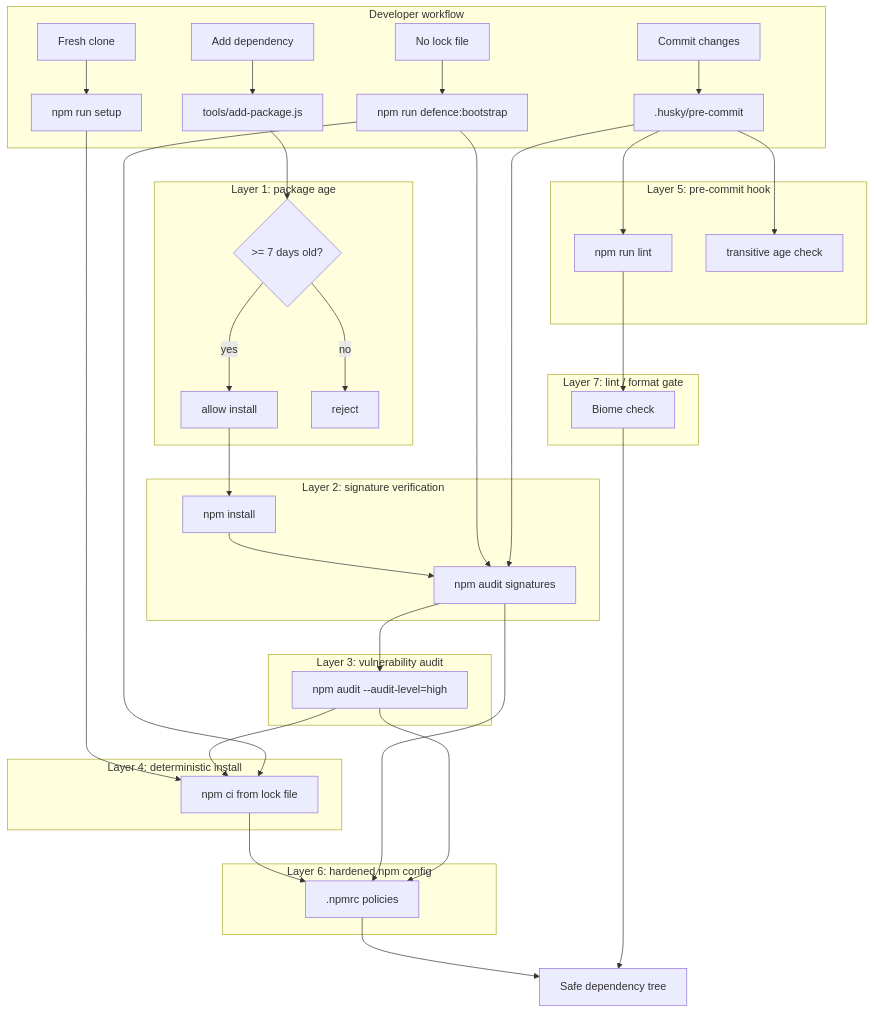
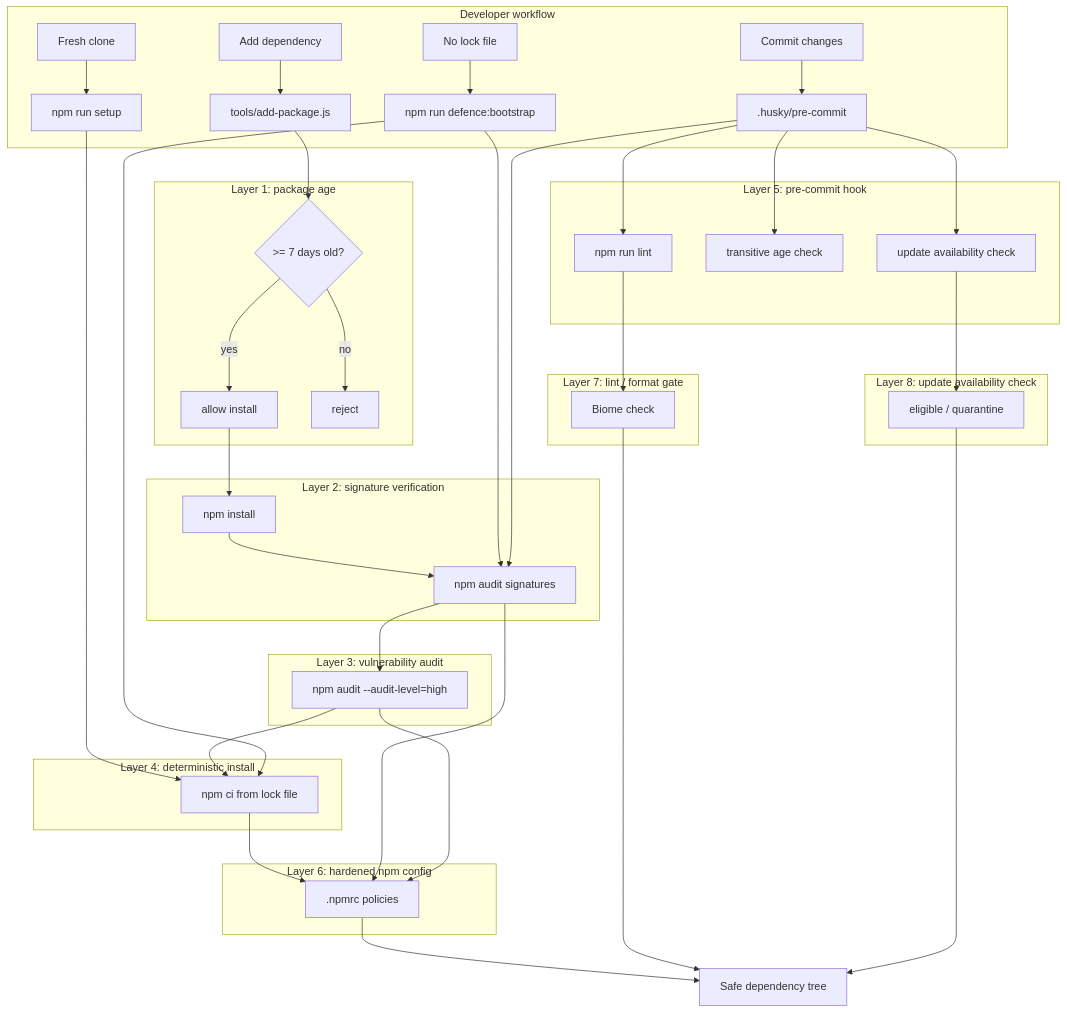
One commit to adrianoenache/learn-supply-chain-attack-defence changed the diagram in docs/en/security/index.md. Above: the diagram before and after it, drawn with Mermaid. The commit also changed other lines of this file and 15 other files, not shown here.

First line of the commit message:
feat: add update availability check as a pre-commit helper

````diff
--- a/docs/en/security/index.md
+++ b/docs/en/security/index.md
@@ -7,51 +7,57 @@
 ```mermaid
 flowchart TD
     subgraph Developer["Developer workflow"]
         A[Add dependency] --> B[tools/add-package.js]
         C[Commit changes] --> D[.husky/pre-commit]
         E[Fresh clone] --> F[npm run setup]
         Z[No lock file] --> Y[npm run defence:bootstrap]
     end
 
     subgraph Layer1["Layer 1: package age"]
         B --> G{>= 7 days old?}
         G -->|yes| H[allow install]
         G -->|no| I[reject]
     end
 
     H --> J[npm install]
 
     subgraph Layer2["Layer 2: signature verification"]
         J --> K[npm audit signatures]
         Y --> K
     end
 
     subgraph Layer3["Layer 3: vulnerability audit"]
         K --> L[npm audit --audit-level=high]
     end
 
     subgraph Layer4["Layer 4: deterministic install"]
         F --> M[npm ci from lock file]
         L --> M
         Y --> M
     end
 
     subgraph Layer5["Layer 5: pre-commit hook"]
         D --> Q[npm run lint]
         D --> K
         D --> N[transitive age check]
+        D --> U[update availability check]
     end
 
     subgraph Layer6["Layer 6: hardened npm config"]
         M --> O[.npmrc policies]
         K --> O
         L --> O
     end
 
     subgraph Layer7["Layer 7: lint / format gate"]
         Q --> R[Biome check]
     end
 
+    subgraph Layer8["Layer 8: update availability check"]
+        U --> V[eligible / quarantine]
+    end
+
     O --> P[Safe dependency tree]
     R --> P
+    V --> P
 ```
````
